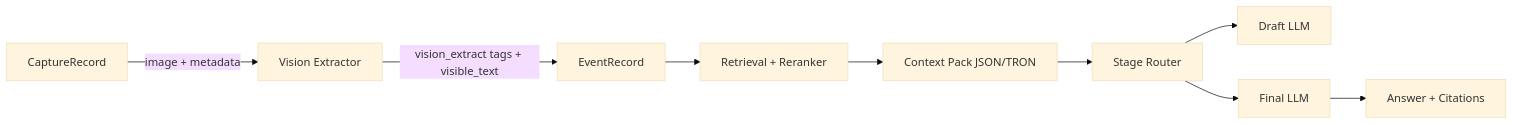
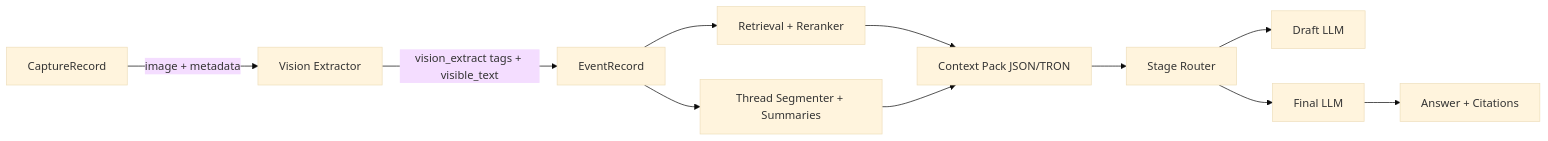
One commit to ninjra/autocapture changed the diagram in docs/design/vlm_first_fullscreen_memory_phase2.md. Above: the diagram before and after it, drawn with Mermaid (base theme). The commit also changed other lines of this file and 4 other files, not shown here.

Commit message:
Update docs for phase 2 architecture

````diff
--- a/docs/design/vlm_first_fullscreen_memory_phase2.md
+++ b/docs/design/vlm_first_fullscreen_memory_phase2.md
@@ -32,11 +37,13 @@
 ```mermaid
 flowchart LR
   Capture[CaptureRecord] -->|image + metadata| OCR[Vision Extractor]
   OCR -->|vision_extract tags + visible_text| Event[EventRecord]
+  Event --> Thread[Thread Segmenter + Summaries]
   Event --> Retrieval[Retrieval + Reranker]
   Retrieval --> Pack[Context Pack JSON/TRON]
+  Thread --> Pack
   Pack --> Router[Stage Router]
   Router --> Draft[Draft LLM]
   Router --> Final[Final LLM]
   Final --> Answer[Answer + Citations]
 ```
````
